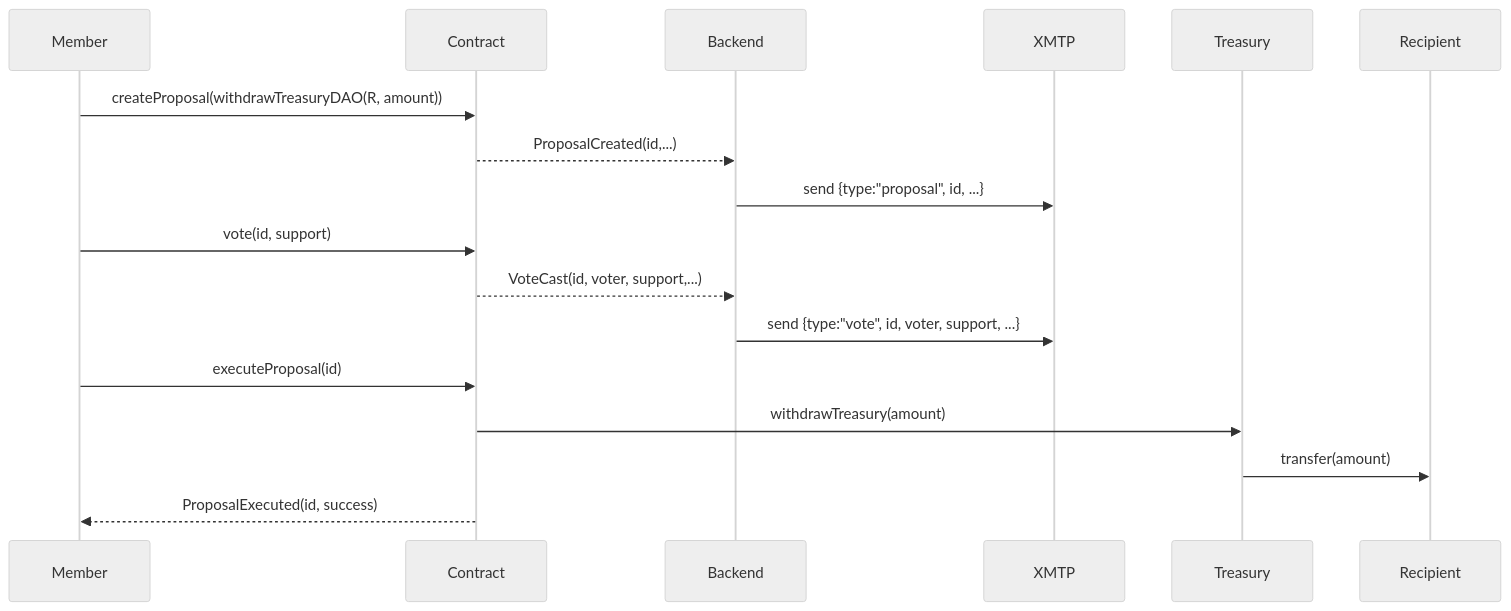
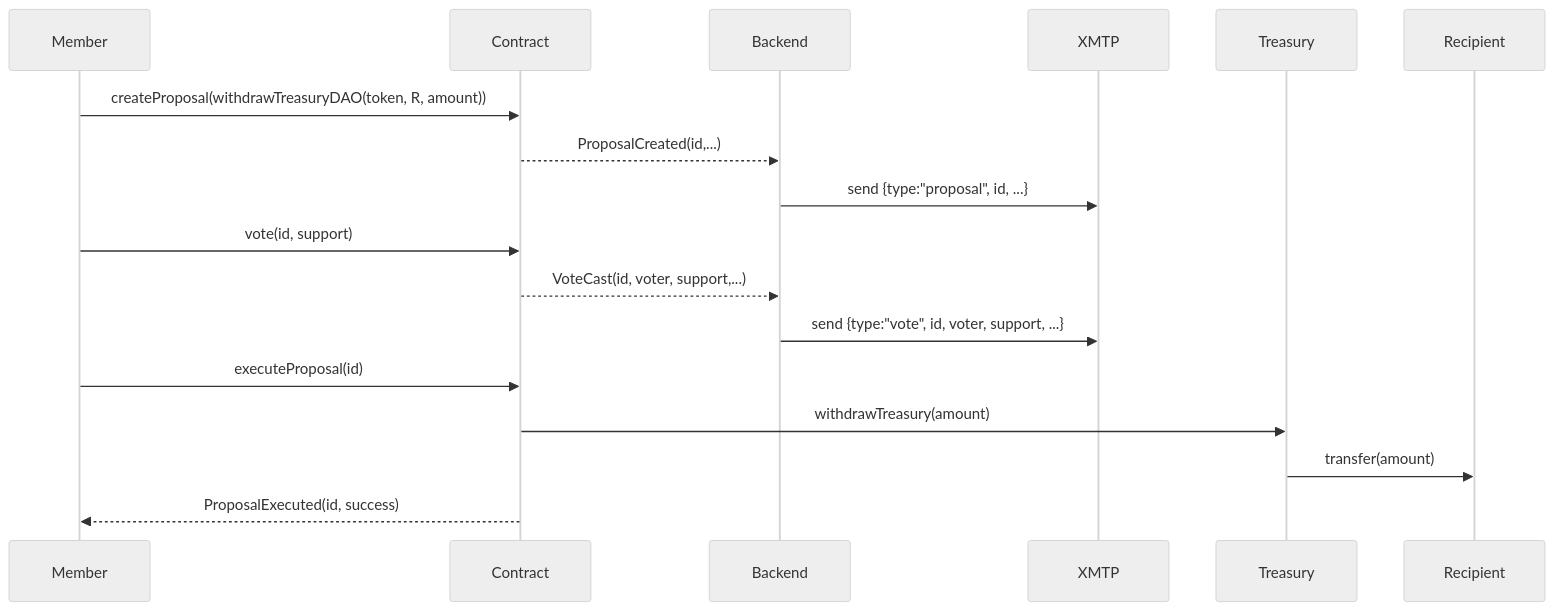
Diagram 11 of 11 in CORE_FLOW_DOCS.MD (templ-fun/templ-evm-protocol), drawn with Mermaid (neutral theme) before and after one commit. The commit also changed other lines of this file and 15 other files, not shown here.

````diff
--- a/CORE_FLOW_DOCS.MD
+++ b/CORE_FLOW_DOCS.MD
@@ -159,19 +160,19 @@
 ```mermaid
 sequenceDiagram
     participant M as Member
     participant C as Contract
     participant B as Backend
     participant X as XMTP
     participant T as Treasury
     participant R as Recipient
-    M->>C: createProposal(withdrawTreasuryDAO(R, amount))
+    M->>C: createProposal(withdrawTreasuryDAO(token, R, amount))
     C-->>B: ProposalCreated(id,...)
     B->>X: send {type:"proposal", id, ...}
     M->>C: vote(id, support)
     C-->>B: VoteCast(id, voter, support,...)
     B->>X: send {type:"vote", id, voter, support, ...}
     M->>C: executeProposal(id)
     C->>T: withdrawTreasury(amount)
     T->>R: transfer(amount)
     C-->>M: ProposalExecuted(id, success)
 ```
````
